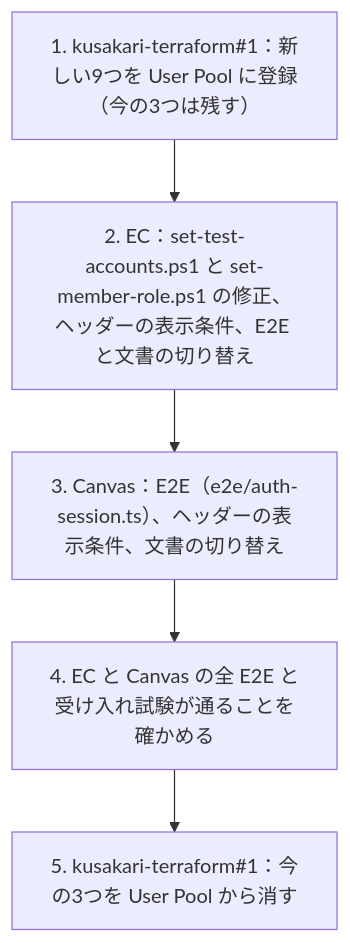
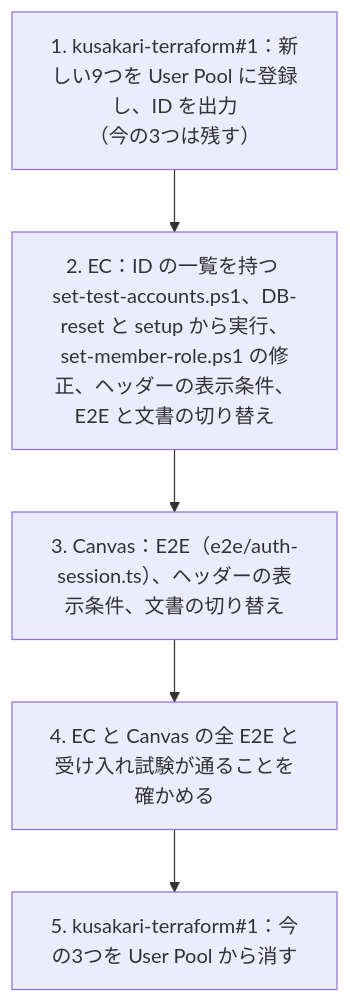
One commit to abeouga/kusakari-ec changed the fourth of 4 diagrams in docs/decisions/2026-11-15-test-accounts.md. Above: the diagram before and after it, drawn with Mermaid. The commit also changed other lines of this file, not shown here.

````diff
--- a/docs/decisions/2026-11-15-test-accounts.md
+++ b/docs/decisions/2026-11-15-test-accounts.md
@@ -130,9 +139,9 @@
 ```mermaid
 flowchart TB
-  T1["1. kusakari-terraform#1：新しい9つを User Pool に登録<br/>（今の3つは残す）"]
-  T2["2. EC：set-test-accounts.ps1 と set-member-role.ps1 の修正、<br/>ヘッダーの表示条件、E2E と文書の切り替え"]
+  T1["1. kusakari-terraform#1：新しい9つを User Pool に登録し、ID を出力<br/>（今の3つは残す）"]
+  T2["2. EC：ID の一覧を持つ set-test-accounts.ps1、DB-reset と setup から実行、<br/>set-member-role.ps1 の修正、ヘッダーの表示条件、E2E と文書の切り替え"]
   T3["3. Canvas：E2E（e2e/auth-session.ts）、ヘッダーの表示条件、文書の切り替え"]
   T4["4. EC と Canvas の全 E2E と受け入れ試験が通ることを確かめる"]
   T5["5. kusakari-terraform#1：今の3つを User Pool から消す"]
   T1 --> T2 --> T3 --> T4 --> T5
 ```
````
